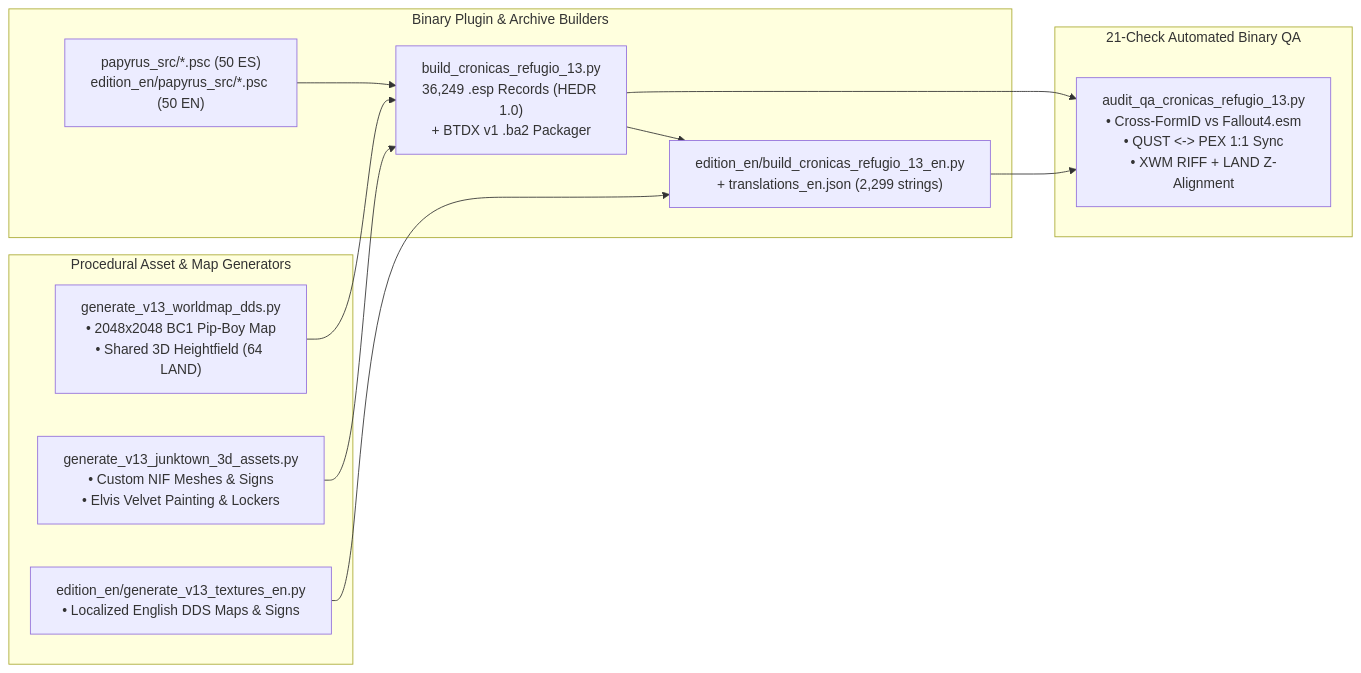
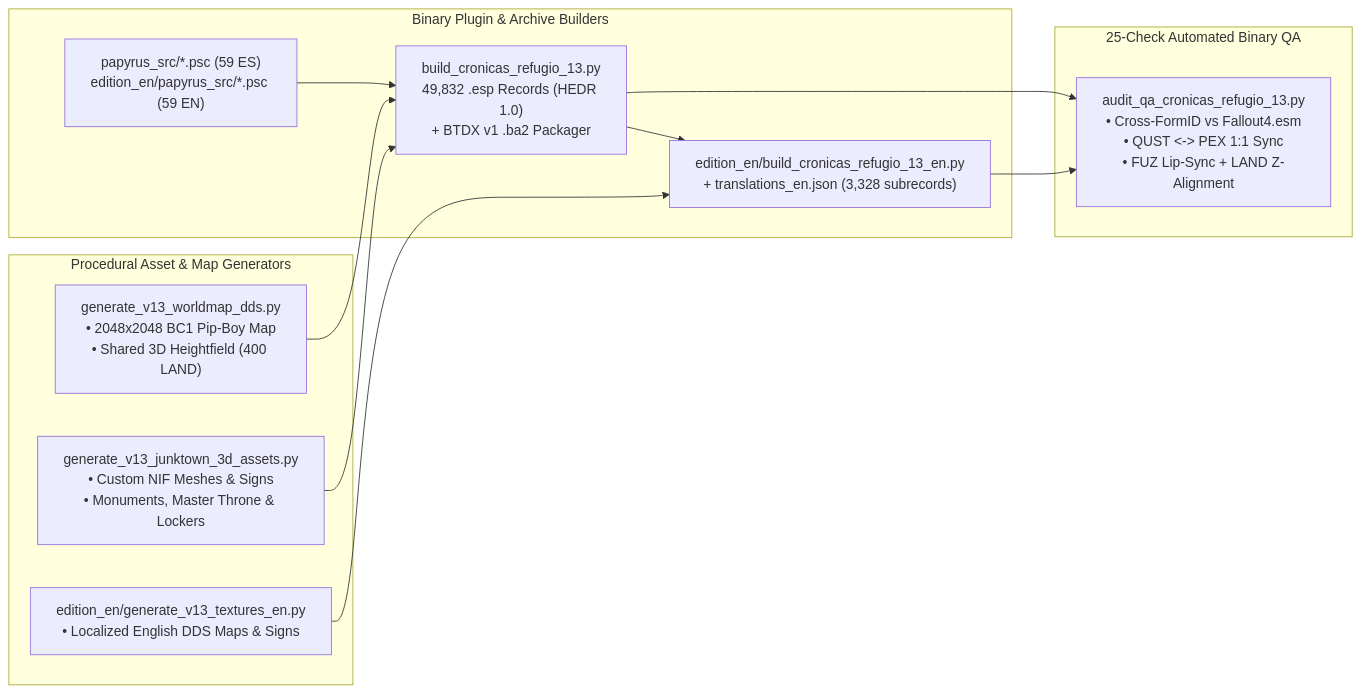
Before and after one commit to 0utKast/fallout4-vault13-chronicles: the diagram in README.md, drawn with Mermaid. The commit also changed other lines of this file and 388 other files, not shown here.

````diff
--- a/README.md
+++ b/README.md
@@ -121,26 +124,26 @@
 ```mermaid
 flowchart LR
     subgraph GEN["Procedural Asset & Map Generators"]
-        WM["generate_v13_worldmap_dds.py\n• 2048x2048 BC1 Pip-Boy Map\n• Shared 3D Heightfield (64 LAND)"]
-        JT["generate_v13_junktown_3d_assets.py\n• Custom NIF Meshes & Signs\n• Elvis Velvet Painting & Lockers"]
+        WM["generate_v13_worldmap_dds.py\n• 2048x2048 BC1 Pip-Boy Map\n• Shared 3D Heightfield (400 LAND)"]
+        JT["generate_v13_junktown_3d_assets.py\n• Custom NIF Meshes & Signs\n• Monuments, Master Throne & Lockers"]
         EN_TEX["edition_en/generate_v13_textures_en.py\n• Localized English DDS Maps & Signs"]
     end
 
     subgraph COMP["Binary Plugin & Archive Builders"]
-        PSC["papyrus_src/*.psc (50 ES)\nedition_en/papyrus_src/*.psc (50 EN)"]
-        BLD_ES["build_cronicas_refugio_13.py\n36,249 .esp Records (HEDR 1.0)\n+ BTDX v1 .ba2 Packager"]
-        BLD_EN["edition_en/build_cronicas_refugio_13_en.py\n+ translations_en.json (2,299 strings)"]
+        PSC["papyrus_src/*.psc (59 ES)\nedition_en/papyrus_src/*.psc (59 EN)"]
+        BLD_ES["build_cronicas_refugio_13.py\n49,832 .esp Records (HEDR 1.0)\n+ BTDX v1 .ba2 Packager"]
+        BLD_EN["edition_en/build_cronicas_refugio_13_en.py\n+ translations_en.json (3,328 subrecords)"]
     end
 
-    subgraph QA["21-Check Automated Binary QA"]
-        AUD["audit_qa_cronicas_refugio_13.py\n• Cross-FormID vs Fallout4.esm\n• QUST <-> PEX 1:1 Sync\n• XWM RIFF + LAND Z-Alignment"]
+    subgraph QA["25-Check Automated Binary QA"]
+        AUD["audit_qa_cronicas_refugio_13.py\n• Cross-FormID vs Fallout4.esm\n• QUST <-> PEX 1:1 Sync\n• FUZ Lip-Sync + LAND Z-Alignment"]
     end
 
     WM --> BLD_ES
     JT --> BLD_ES
     PSC --> BLD_ES
     EN_TEX --> BLD_EN
     BLD_ES --> BLD_EN
     BLD_ES --> AUD
     BLD_EN --> AUD
 ```
````
